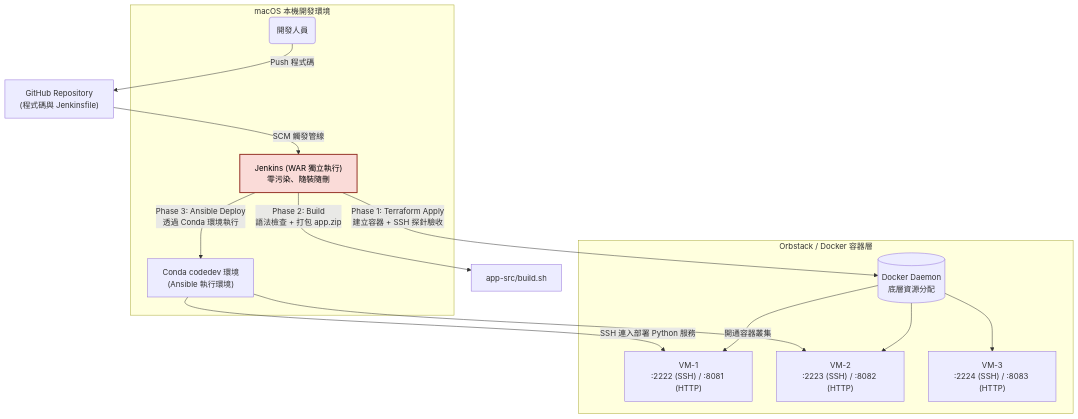
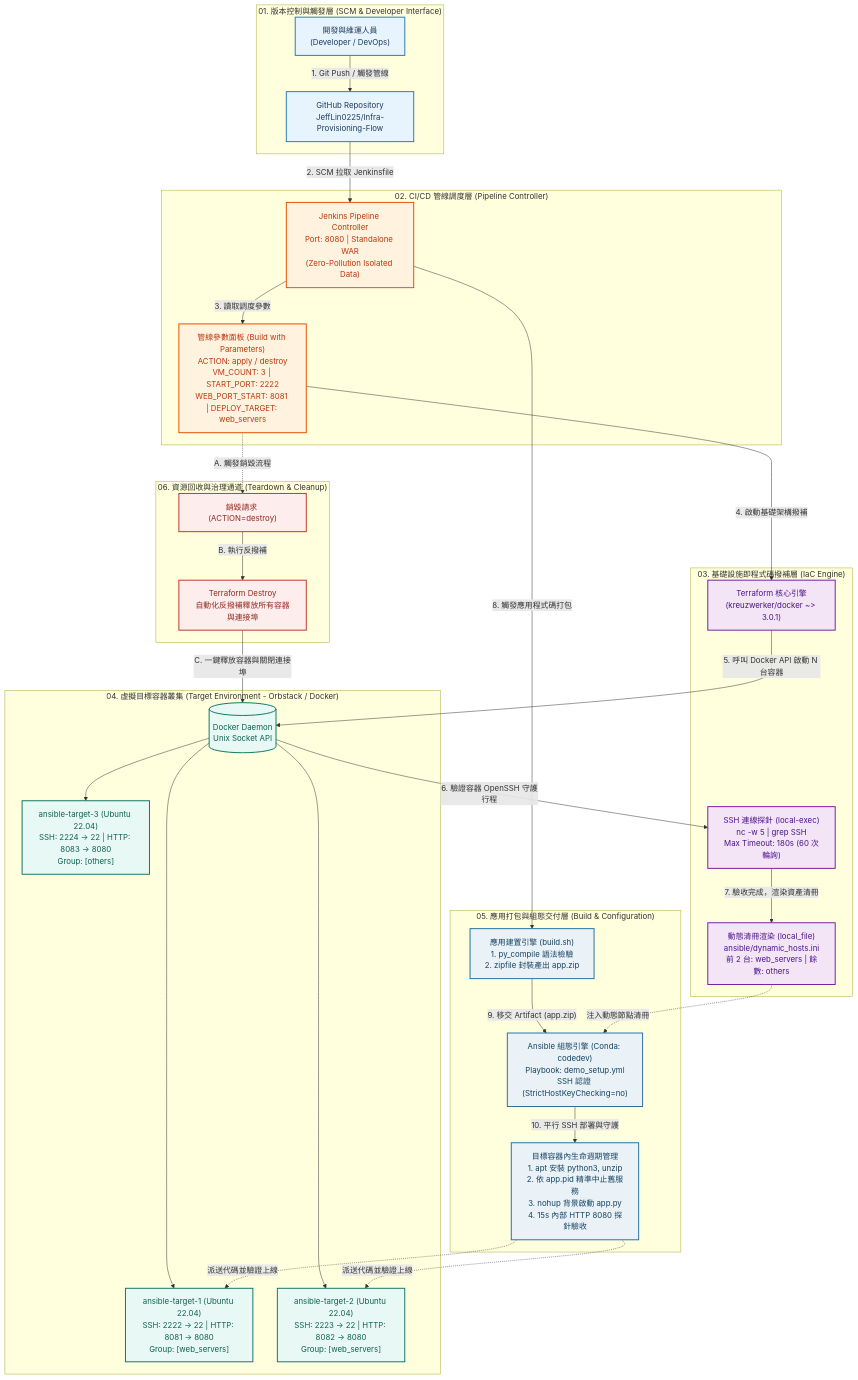
One commit to JeffLin0225/Infra-Provisioning-Flow changed the diagram in README.md. Above: the diagram before and after it, drawn with Mermaid. The commit also changed other lines of this file, not shown here.

````diff
--- a/README.md
+++ b/README.md
@@ -55,34 +9,81 @@
 ```mermaid
-flowchart TD
-    Git["GitHub Repository<br>(程式碼與 Jenkinsfile)"]
-    
-    subgraph macOS ["macOS 本機開發環境"]
-        Dev("開發人員")
-        JenkinsWar["Jenkins (WAR 獨立執行)<br>零污染、隨裝隨刪"]
-        Conda["Conda codedev 環境<br>(Ansible 執行環境)"]
+flowchart TB
+    %% 節點樣式定義
+    classDef client fill:#e8f4fd,stroke:#2b7bb9,stroke-width:2px,color:#1e3d59;
+    classDef pipeline fill:#fff3e0,stroke:#e65100,stroke-width:2px,color:#bf360c;
+    classDef iac fill:#f3e5f5,stroke:#7b1fa2,stroke-width:2px,color:#4a148c;
+    classDef runtime fill:#e8f8f5,stroke:#117864,stroke-width:2px,color:#0e6251;
+    classDef config fill:#eaf2f8,stroke:#2471a3,stroke-width:2px,color:#154360;
+    classDef teardown fill:#fdedec,stroke:#c0392b,stroke-width:2px,color:#922b21;
+
+    %% 01. 觸發與控制層
+    subgraph Layer1 ["01. 版本控制與觸發層 (SCM & Developer Interface)"]
+        Dev["開發與維運人員<br>(Developer / DevOps)"]
+        GitRepo["GitHub Repository<br>JeffLin0225/Infra-Provisioning-Flow"]
     end
-    
-    subgraph Orbstack ["Orbstack / Docker 容器層"]
-        DockerAPI[("Docker Daemon<br>底層資源分配")]
-        VM1["VM-1<br>:2222 (SSH) / :8081 (HTTP)"]
-        VM2["VM-2<br>:2223 (SSH) / :8082 (HTTP)"]
-        VM3["VM-3<br>:2224 (SSH) / :8083 (HTTP)"]
+
+    %% 02. CI/CD 調度中樞
+    subgraph Layer2 ["02. CI/CD 管線調度層 (Pipeline Controller)"]
+        Jenkins["Jenkins Pipeline Controller<br>Port: 8080 | Standalone WAR<br>(Zero-Pollution Isolated Data)"]
+        Param["管線參數面板 (Build with Parameters)<br>ACTION: apply / destroy<br>VM_COUNT: 3 | START_PORT: 2222<br>WEB_PORT_START: 8081 | DEPLOY_TARGET: web_servers"]
     end
-    
-    Dev -->|"Push 程式碼"| Git
-    Git -->|"SCM 觸發管線"| JenkinsWar
-    
-    JenkinsWar -->|"Phase 1: Terraform Apply<br>建立容器 + SSH 探針驗收"| DockerAPI
-    DockerAPI -->|"開通容器叢集"| VM1
-    DockerAPI --> VM2
-    DockerAPI --> VM3
-    
-    JenkinsWar -->|"Phase 2: Build<br>語法檢查 + 打包 app.zip"| AppSrc["app-src/build.sh"]
-    
-    JenkinsWar -->|"Phase 3: Ansible Deploy<br>透過 Conda 環境執行"| Conda
-    Conda -->|"SSH 連入部署 Python 服務"| VM1
-    Conda --> VM2
 
-    classDef jenk fill:#fadbd8,stroke:#943126,stroke-width:2px,color:#000;
-    class JenkinsWar jenk;
+    %% 03. 基礎設施撥補層 (IaC)
+    subgraph Layer3 ["03. 基礎設施即程式碼撥補層 (IaC Engine)"]
+        TF["Terraform 核心引擎<br>(kreuzwerker/docker ~> 3.0.1)"]
+        SSHProbe["SSH 連線探針 (local-exec)<br>nc -w 5 | grep SSH<br>Max Timeout: 180s (60 次輪詢)"]
+        DynInv["動態清冊渲染 (local_file)<br>ansible/dynamic_hosts.ini<br>前 2 台: web_servers | 餘數: others"]
+    end
+
+    %% 04. 執行階段容器環境
+    subgraph Layer4 ["04. 虛擬目標容器叢集 (Target Environment - Orbstack / Docker)"]
+        DockerD[("Docker Daemon<br>Unix Socket API")]
+        VM1["ansible-target-1 (Ubuntu 22.04)<br>SSH: 2222 -> 22 | HTTP: 8081 -> 8080<br>Group: [web_servers]"]
+        VM2["ansible-target-2 (Ubuntu 22.04)<br>SSH: 2223 -> 22 | HTTP: 8082 -> 8080<br>Group: [web_servers]"]
+        VM3["ansible-target-3 (Ubuntu 22.04)<br>SSH: 2224 -> 22 | HTTP: 8083 -> 8080<br>Group: [others]"]
+    end
+
+    %% 05. 應用建置與發布層
+    subgraph Layer5 ["05. 應用打包與組態交付層 (Build & Configuration)"]
+        BuildEngine["應用建置引擎 (build.sh)<br>1. py_compile 語法檢驗<br>2. zipfile 封裝產出 app.zip"]
+        AnsibleEngine["Ansible 組態引擎 (Conda: codedev)<br>Playbook: demo_setup.yml<br>SSH 認證 (StrictHostKeyChecking=no)"]
+        DeployOps["目標容器內生命週期管理<br>1. apt 安裝 python3, unzip<br>2. 依 app.pid 精準中止舊服務<br>3. nohup 背景啟動 app.py<br>4. 15s 內部 HTTP 8080 探針驗收"]
+    end
+
+    %% 06. 銷毀與治理流程
+    subgraph Layer6 ["06. 資源回收與治理通道 (Teardown & Cleanup)"]
+        DestroyAction["銷毀請求 (ACTION=destroy)"]
+        TFDestroy["Terraform Destroy<br>自動化反撥補釋放所有容器與連接埠"]
+    end
+
+    %% 主鏈路步驟 (1. ~ 10.)
+    Dev -->|"1. Git Push / 觸發管線"| GitRepo
+    GitRepo -->|"2. SCM 拉取 Jenkinsfile"| Jenkins
+    Jenkins -->|"3. 讀取調度參數"| Param
+    Param -->|"4. 啟動基礎架構撥補"| TF
+    TF -->|"5. 呼叫 Docker API 啟動 N 台容器"| DockerD
+    DockerD --> VM1
+    DockerD --> VM2
+    DockerD --> VM3
+    DockerD -->|"6. 驗證容器 OpenSSH 守護行程"| SSHProbe
+    SSHProbe -->|"7. 驗收完成，渲染資產清冊"| DynInv
+    Jenkins -->|"8. 觸發應用程式碼打包"| BuildEngine
+    BuildEngine -->|"9. 移交 Artifact (app.zip)"| AnsibleEngine
+    DynInv -.->|"注入動態節點清冊"| AnsibleEngine
+    AnsibleEngine -->|"10. 平行 SSH 部署與守護"| DeployOps
+    DeployOps -.->|"派送代碼並驗證上線"| VM1
+    DeployOps -.->|"派送代碼並驗證上線"| VM2
+
+    %% 銷毀治理鏈路步驟 (A. ~ C.)
+    Param -.->|"A. 觸發銷毀流程"| DestroyAction
+    DestroyAction -->|"B. 執行反撥補"| TFDestroy
+    TFDestroy -->|"C. 一鍵釋放容器與關閉連接埠"| DockerD
+
+    %% 套用樣式類別
+    class Dev,GitRepo client;
+    class Jenkins,Param pipeline;
+    class TF,SSHProbe,DynInv iac;
+    class DockerD,VM1,VM2,VM3 runtime;
+    class BuildEngine,AnsibleEngine,DeployOps config;
+    class DestroyAction,TFDestroy teardown;
 ```
````
